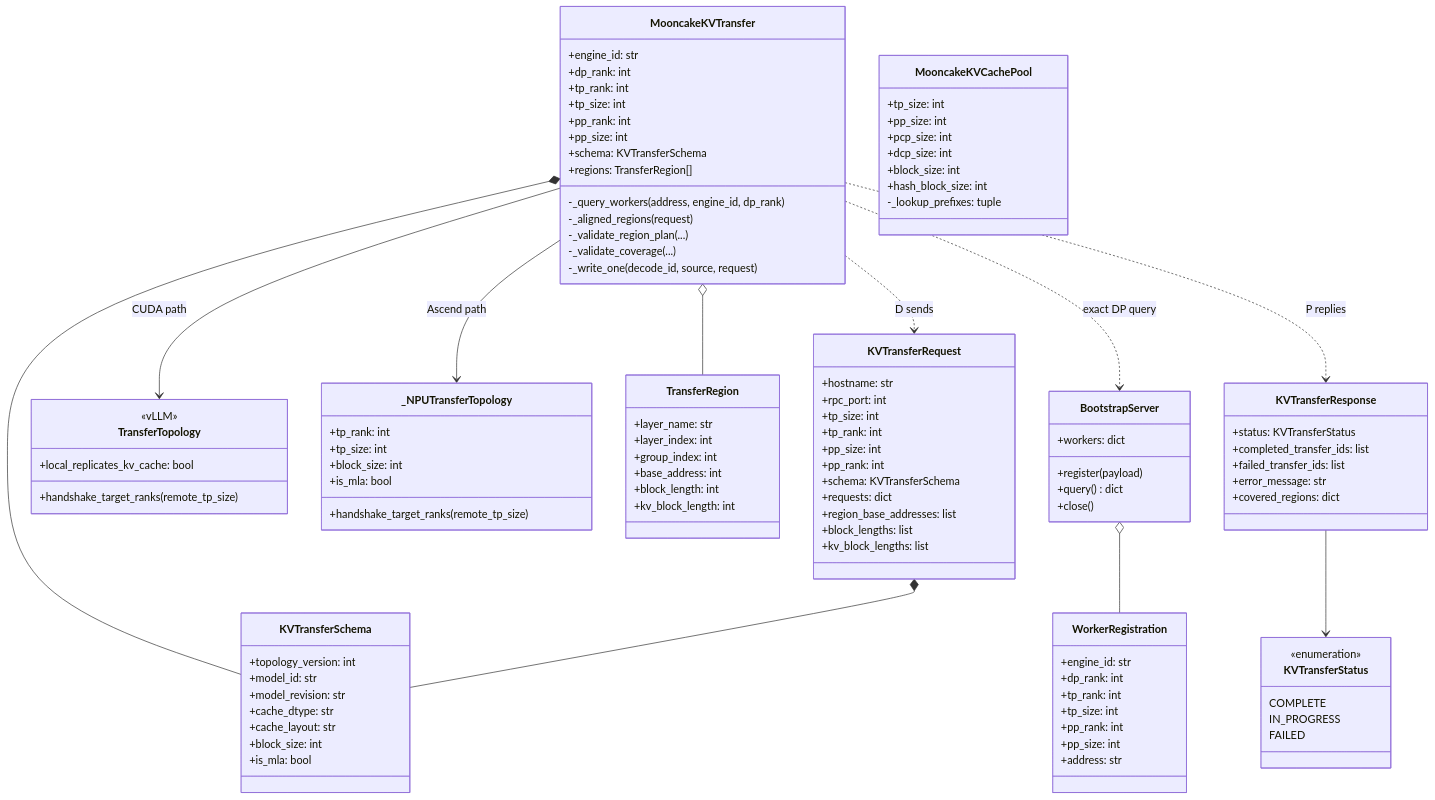
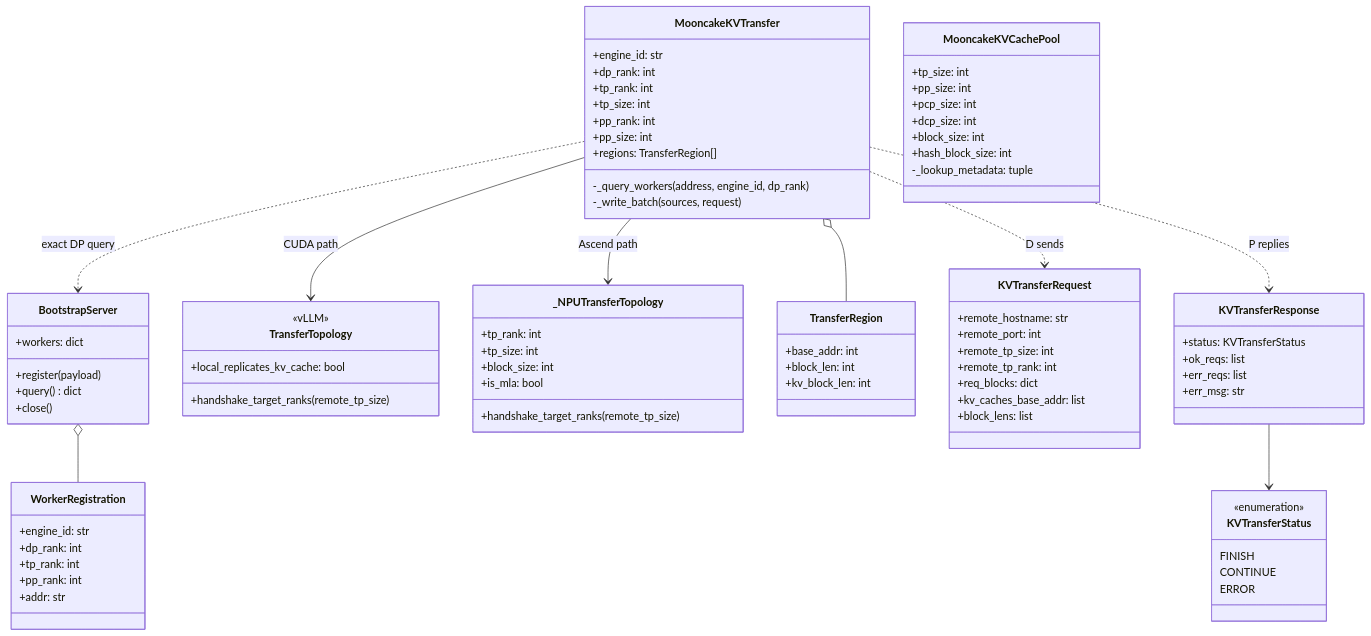
Before and after one commit to WangSu-X/MTSC: the fourth of 6 diagrams in docs/design/S03-decode设计.md, drawn with Mermaid. The commit also changed other lines of this file and 23 other files, not shown here.

````diff
--- a/docs/design/S03-decode设计.md
+++ b/docs/design/S03-decode设计.md
@@ -542,13 +543,9 @@
         +tp_size: int
         +pp_rank: int
         +pp_size: int
-        +schema: KVTransferSchema
         +regions: TransferRegion[]
         -_query_workers(address, engine_id, dp_rank)
-        -_aligned_regions(request)
-        -_validate_region_plan(...)
-        -_validate_coverage(...)
-        -_write_one(decode_id, source, request)
+        -_write_batch(sources, request)
     }
     class BootstrapServer {
         +workers: dict
@@ -560,10 +557,8 @@
         +engine_id: str
         +dp_rank: int
         +tp_rank: int
-        +tp_size: int
         +pp_rank: int
-        +pp_size: int
-        +address: str
+        +addr: str
     }
     class TransferTopology {
         <<vLLM>>
@@ -578,47 +573,30 @@
         +handshake_target_ranks(remote_tp_size)
     }
     class TransferRegion {
-        +layer_name: str
-        +layer_index: int
-        +group_index: int
-        +base_address: int
-        +block_length: int
-        +kv_block_length: int
-    }
-    class KVTransferSchema {
-        +topology_version: int
-        +model_id: str
-        +model_revision: str
-        +cache_dtype: str
-        +cache_layout: str
-        +block_size: int
-        +is_mla: bool
+        +base_addr: int
+        +block_len: int
+        +kv_block_len: int
     }
     class KVTransferRequest {
-        +hostname: str
-        +rpc_port: int
-        +tp_size: int
-        +tp_rank: int
-        +pp_size: int
-        +pp_rank: int
-        +schema: KVTransferSchema
-        +requests: dict
-        +region_base_addresses: list
-        +block_lengths: list
-        +kv_block_lengths: list
+        +remote_hostname: str
+        +remote_port: int
+        +remote_tp_size: int
+        +remote_tp_rank: int
+        +req_blocks: dict
+        +kv_caches_base_addr: list
+        +block_lens: list
     }
     class KVTransferResponse {
         +status: KVTransferStatus
-        +completed_transfer_ids: list
-        +failed_transfer_ids: list
-        +error_message: str
-        +covered_regions: dict
+        +ok_reqs: list
+        +err_reqs: list
+        +err_msg: str
     }
     class KVTransferStatus {
         <<enumeration>>
-        COMPLETE
-        IN_PROGRESS
-        FAILED
+        FINISH
+        CONTINUE
+        ERROR
     }
     class MooncakeKVCachePool {
         +tp_size: int
@@ -627,10 +605,9 @@
         +dcp_size: int
         +block_size: int
         +hash_block_size: int
-        -_lookup_prefixes: tuple
+        -_lookup_metadata: tuple
     }
 
-    MooncakeKVTransfer *-- KVTransferSchema
     MooncakeKVTransfer o-- TransferRegion
     MooncakeKVTransfer --> TransferTopology : CUDA path
     MooncakeKVTransfer --> _NPUTransferTopology : Ascend path
@@ -638,6 +615,5 @@
     BootstrapServer o-- WorkerRegistration
     MooncakeKVTransfer ..> KVTransferRequest : D sends
     MooncakeKVTransfer ..> KVTransferResponse : P replies
-    KVTransferRequest *-- KVTransferSchema
     KVTransferResponse --> KVTransferStatus
 ```
````
